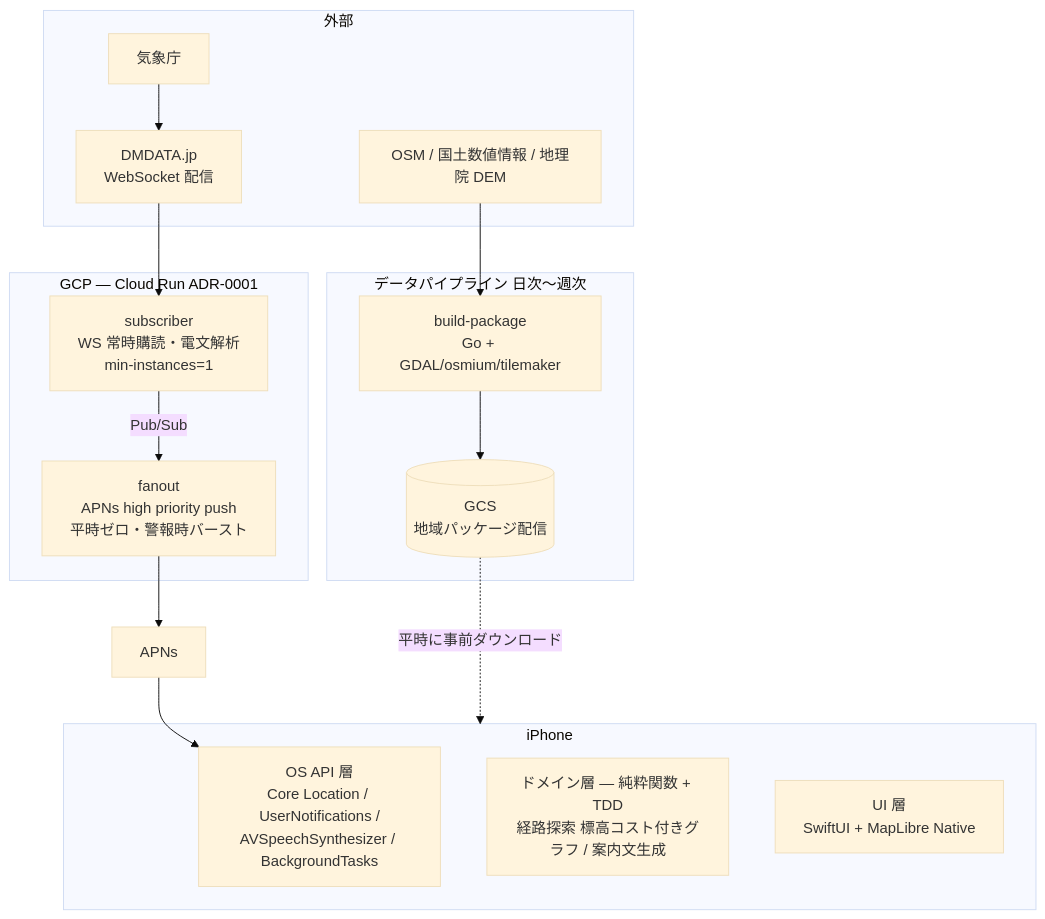
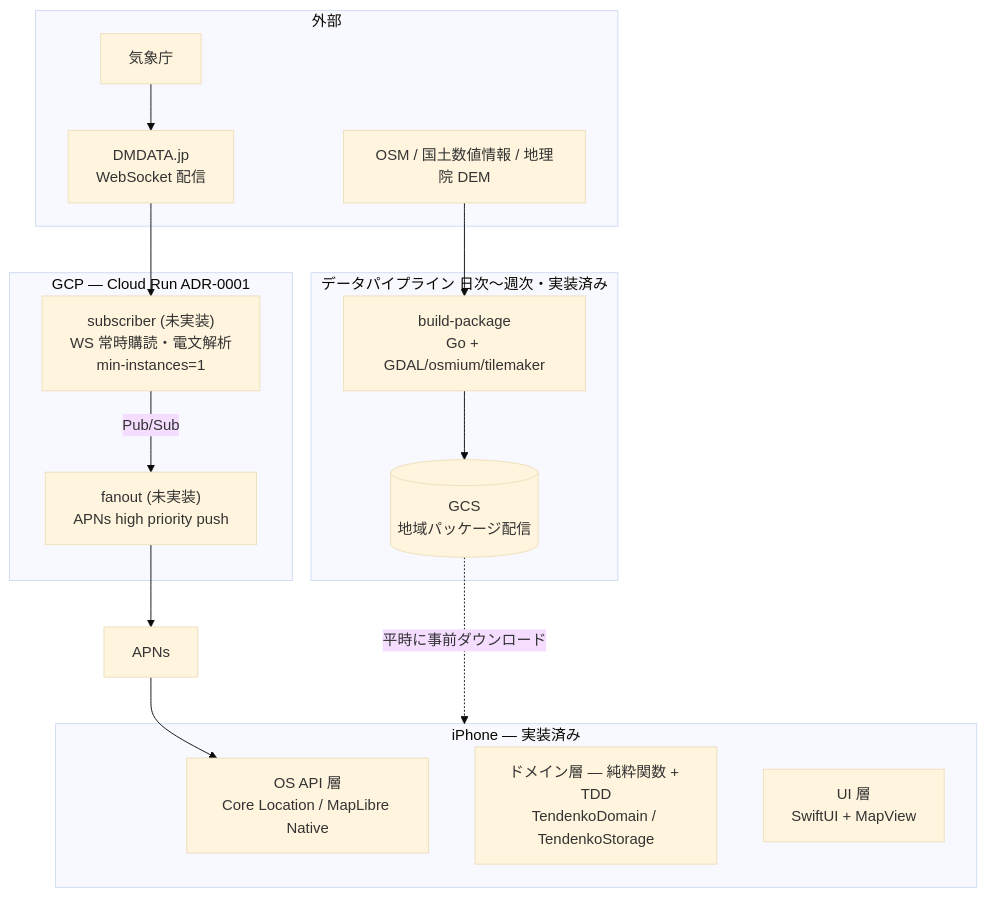
The diagram in docs/architecture.md (yusuke0610/tendenko), drawn with Mermaid (base theme) before and after one commit. The commit also changed other lines of this file, not shown here.

First line of the commit message:
docs(architecture): ディレクトリ索引・データモデル・責務・実装状況を追記する (#16)

````diff
--- a/docs/architecture.md
+++ b/docs/architecture.md
@@ -7,31 +7,31 @@
 ```mermaid
 flowchart TB
     subgraph external [外部]
         JMA[気象庁]
         DMDATA[DMDATA.jp<br>WebSocket 配信]
         OSM[OSM / 国土数値情報 / 地理院 DEM]
     end
 
     subgraph gcp [GCP — Cloud Run  ADR-0001]
-        SUB[subscriber<br>WS 常時購読・電文解析<br>min-instances=1]
-        FAN[fanout<br>APNs high priority push<br>平時ゼロ・警報時バースト]
+        SUB["subscriber (未実装)<br>WS 常時購読・電文解析<br>min-instances=1"]
+        FAN["fanout (未実装)<br>APNs high priority push"]
         SUB -->|Pub/Sub| FAN
     end
 
-    subgraph batch [データパイプライン 日次〜週次]
+    subgraph batch [データパイプライン 日次〜週次・実装済み]
         PIPE[build-package<br>Go + GDAL/osmium/tilemaker]
         GCS[(GCS<br>地域パッケージ配信)]
         PIPE --> GCS
     end
 
-    subgraph iphone [iPhone]
-        OSAPI[OS API 層<br>Core Location / UserNotifications /<br>AVSpeechSynthesizer / BackgroundTasks]
-        DOMAIN[ドメイン層 — 純粋関数 + TDD<br>経路探索 標高コスト付きグラフ / 案内文生成]
-        UI[UI 層<br>SwiftUI + MapLibre Native]
+    subgraph iphone [iPhone — 実装済み]
+        OSAPI[OS API 層<br>Core Location / MapLibre Native]
+        DOMAIN[ドメイン層 — 純粋関数 + TDD<br>TendenkoDomain / TendenkoStorage]
+        UI[UI 層<br>SwiftUI + MapView]
     end
 
     JMA --> DMDATA --> SUB
     FAN --> APNS[APNs] --> OSAPI
     OSM --> PIPE
     GCS -.平時に事前ダウンロード.-> iphone
 ```
````
